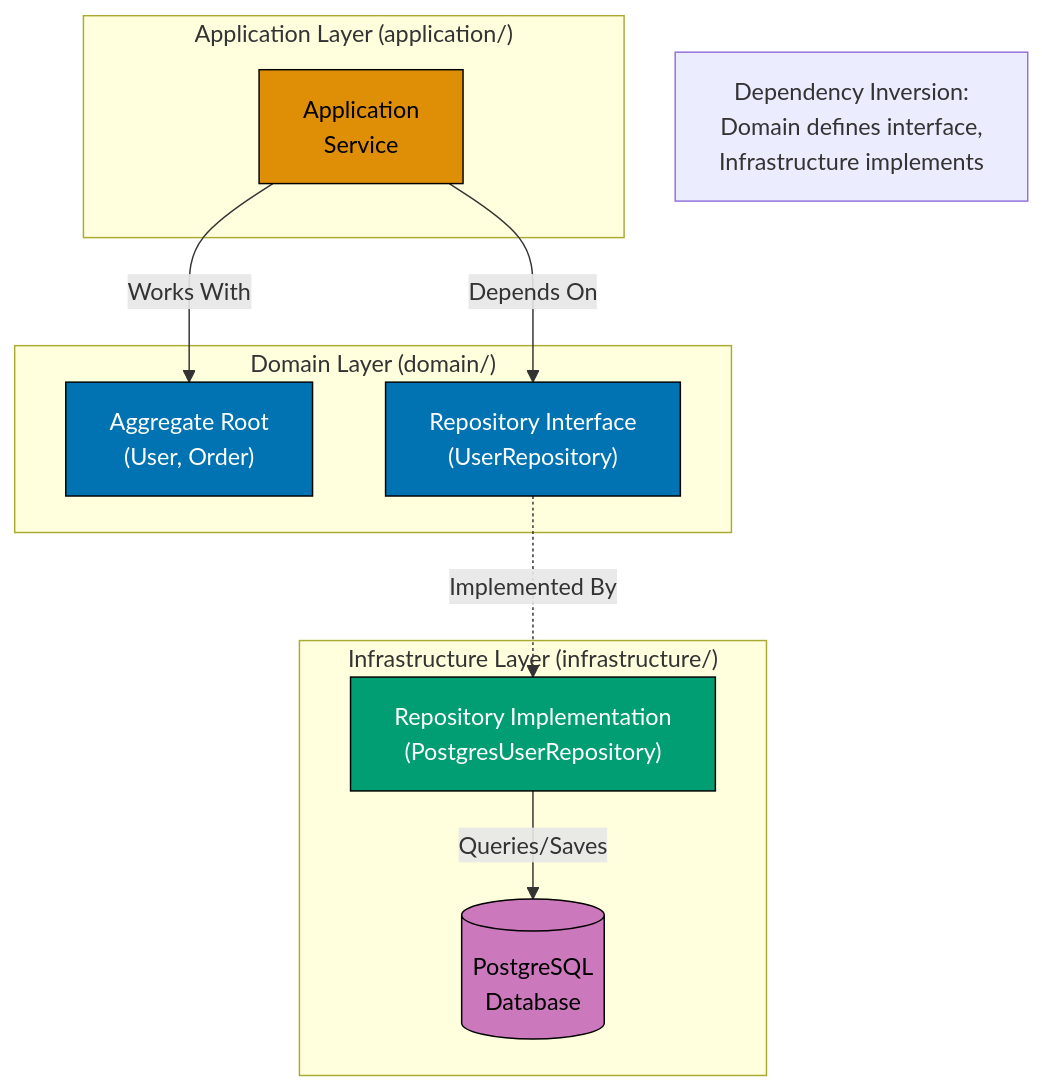
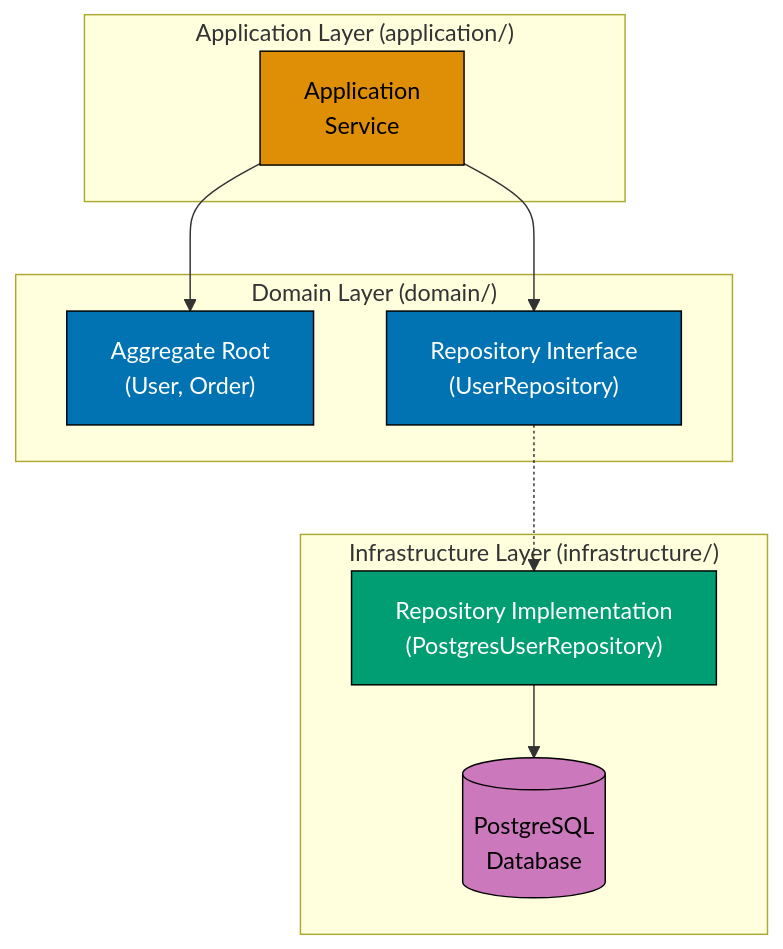
One commit to wahidyankf/ose-primer changed the third of 5 diagrams in docs/explanation/software-engineering/programming-languages/golang/ddd-standards.md. Above: the diagram before and after it, drawn with Mermaid. The commit also changed other lines of this file and 11 other files, not shown here.

Commit message:
fix(docs): fix mermaid violations in golang/ docs (batch 3/10)

````diff
--- a/docs/explanation/software-engineering/programming-languages/golang/ddd-standards.md
+++ b/docs/explanation/software-engineering/programming-languages/golang/ddd-standards.md
@@ -562,31 +562,29 @@
 ```mermaid
 %% Color Palette: Blue #0173B2, Orange #DE8F05, Teal #029E73, Purple #CC78BC
 %% All colors are color-blind friendly and meet WCAG AA contrast standards
 
 graph TD
     subgraph Domain["Domain Layer (domain/)"]
         Agg["Aggregate Root<br/>(User, Order)"]:::blue
         RepIntf["Repository Interface<br/>(UserRepository)"]:::blue
     end
 
     subgraph Application["Application Layer (application/)"]
         Svc["Application<br/>Service"]:::orange
     end
 
     subgraph Infrastructure["Infrastructure Layer (infrastructure/)"]
         RepImpl["Repository Implementation<br/>(PostgresUserRepository)"]:::teal
         DB[("PostgreSQL<br/>Database")]:::purple
     end
 
-    Svc -->|"Depends On"| RepIntf
-    Svc -->|"Works With"| Agg
-    RepIntf -.->|"Implemented By"| RepImpl
-    RepImpl -->|"Queries/Saves"| DB
-
-    Note["Dependency Inversion:<br/>Domain defines interface,<br/>Infrastructure implements"]
+    Svc --> RepIntf
+    Svc --> Agg
+    RepIntf -.-> RepImpl
+    RepImpl --> DB
 
     classDef blue fill:#0173B2,stroke:#000,color:#fff
     classDef orange fill:#DE8F05,stroke:#000,color:#000
     classDef teal fill:#029E73,stroke:#000,color:#fff
     classDef purple fill:#CC78BC,stroke:#000,color:#000
 ```
````
